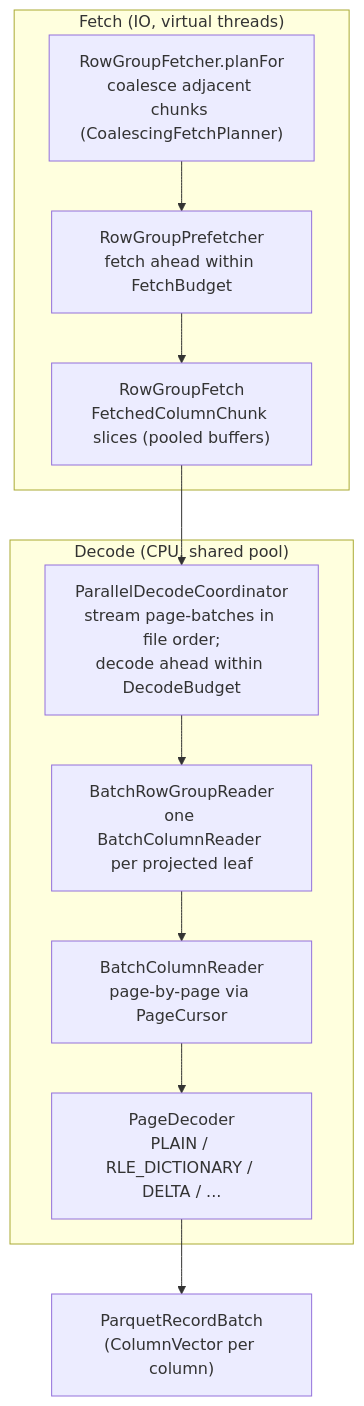
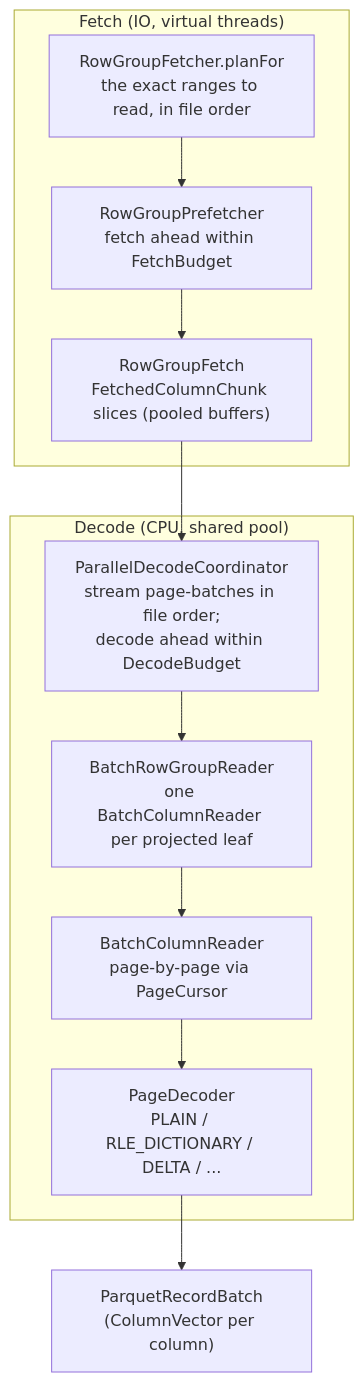
Before and after one commit to tileverse-io/parquetry: the fifth of 7 diagrams in docs/read-path.md, drawn with Mermaid. The commit also changed other lines of this file and 6 other files, not shown here.

````diff
--- a/docs/read-path.md
+++ b/docs/read-path.md
@@ -202,20 +202,20 @@
 ```mermaid
 flowchart TD
     subgraph fetchsub["Fetch (IO, virtual threads)"]
-        plan["RowGroupFetcher.planFor<br/>coalesce adjacent chunks (CoalescingFetchPlanner)"]
+        plan["RowGroupFetcher.planFor<br/>the exact ranges to read, in file order"]
         pref["RowGroupPrefetcher<br/>fetch ahead within FetchBudget"]
         fetched["RowGroupFetch<br/>FetchedColumnChunk slices (pooled buffers)"]
         plan --> pref --> fetched
     end
 
     subgraph decsub["Decode (CPU, shared pool)"]
         coord["ParallelDecodeCoordinator<br/>stream page-batches in file order;<br/>decode ahead within DecodeBudget"]
         rg["BatchRowGroupReader<br/>one BatchColumnReader per projected leaf"]
         col["BatchColumnReader<br/>page-by-page via PageCursor"]
         page["PageDecoder<br/>PLAIN / RLE_DICTIONARY / DELTA / ..."]
         coord --> rg --> col --> page
     end
 
     fetched --> coord
     page --> batch["ParquetRecordBatch<br/>(ColumnVector per column)"]
 ```
````
